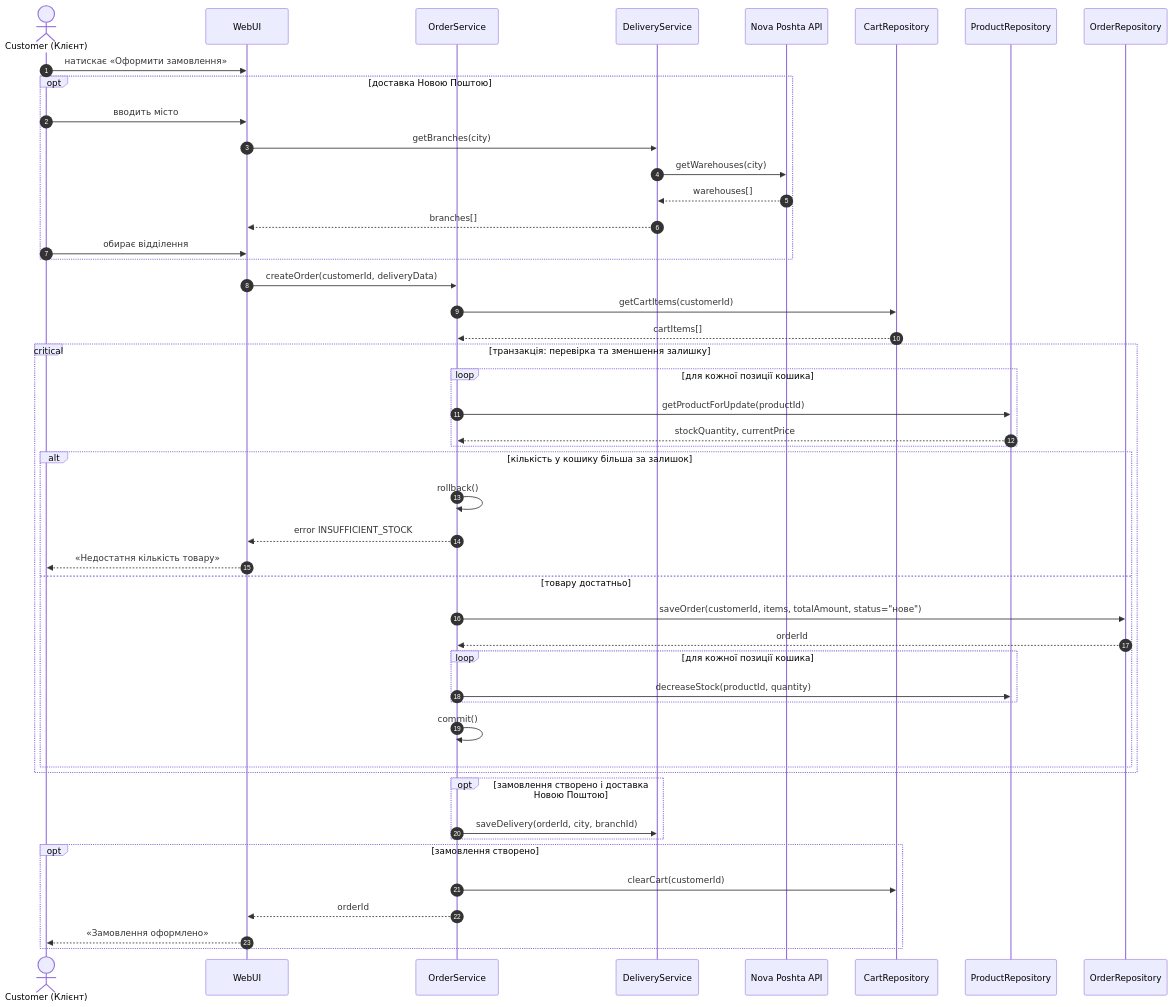
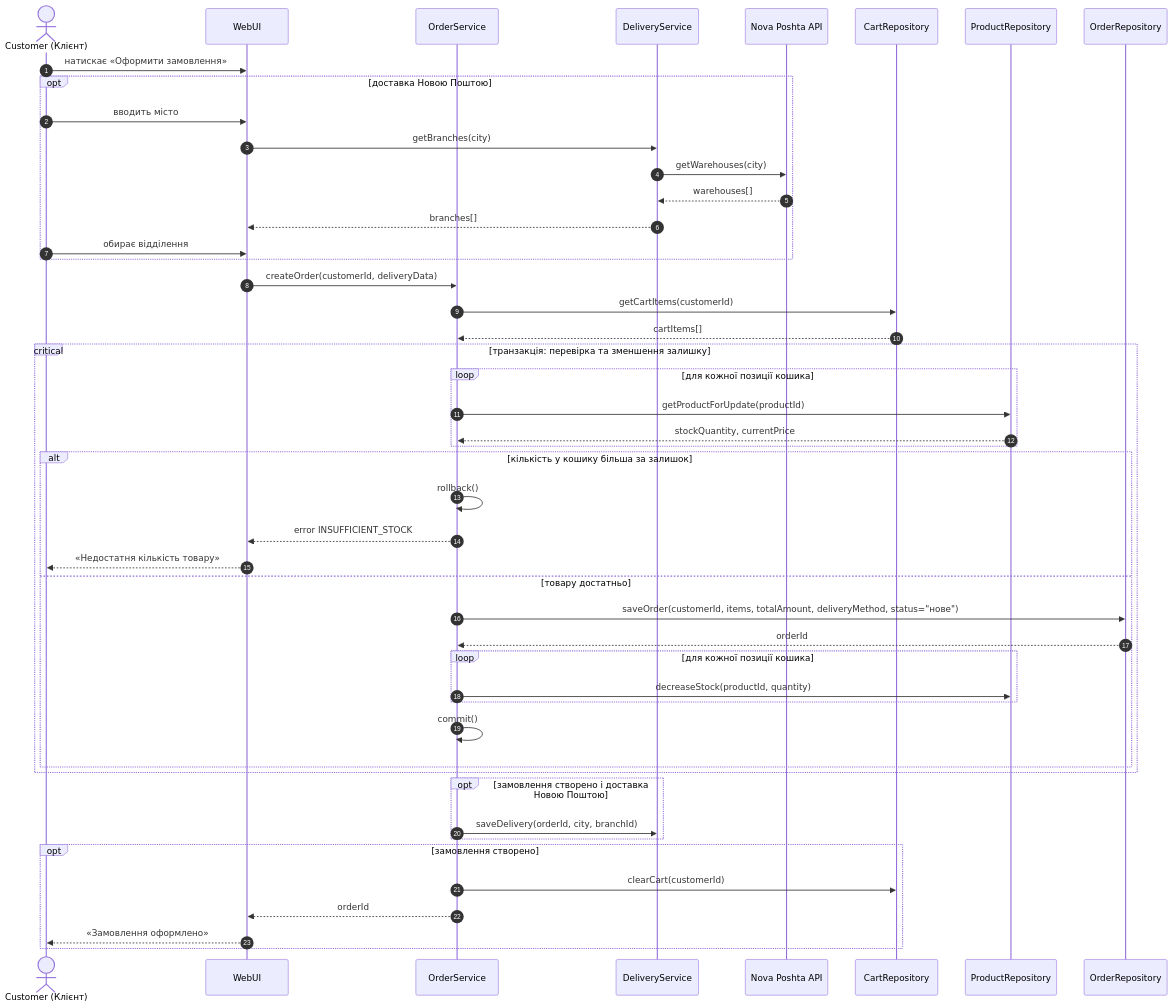
The diagram in sequence.mmd (AlegZabivnoy/Software-engineering-components-2-), drawn with Mermaid before and after one commit. The commit also changed 2 other files, not shown here.

Commit message:
fix: add delivery_method to Order

```diff
--- a/sequence.mmd
+++ b/sequence.mmd
@@ -1,54 +1,54 @@
 sequenceDiagram
     autonumber
     actor C as Customer (Клієнт)
     participant UI as WebUI
     participant OS as OrderService
     participant DS as DeliveryService
     participant NP as Nova Poshta API
     participant CR as CartRepository
     participant PR as ProductRepository
     participant OR as OrderRepository
 
     C->>UI: натискає «Оформити замовлення»
 
     opt доставка Новою Поштою
         C->>UI: вводить місто
         UI->>DS: getBranches(city)
         DS->>NP: getWarehouses(city)
         NP-->>DS: warehouses[]
         DS-->>UI: branches[]
         C->>UI: обирає відділення
     end
 
     UI->>OS: createOrder(customerId, deliveryData)
     OS->>CR: getCartItems(customerId)
     CR-->>OS: cartItems[]
 
     critical транзакція: перевірка та зменшення залишку
         loop для кожної позиції кошика
             OS->>PR: getProductForUpdate(productId)
             PR-->>OS: stockQuantity, currentPrice
         end
 
         alt кількість у кошику більша за залишок
             OS->>OS: rollback()
             OS-->>UI: error INSUFFICIENT_STOCK
             UI-->>C: «Недостатня кількість товару»
         else товару достатньо
-            OS->>OR: saveOrder(customerId, items, totalAmount, status="нове")
+            OS->>OR: saveOrder(customerId, items, totalAmount, deliveryMethod, status="нове")
             OR-->>OS: orderId
             loop для кожної позиції кошика
                 OS->>PR: decreaseStock(productId, quantity)
             end
             OS->>OS: commit()
         end
     end
 
     opt замовлення створено і доставка Новою Поштою
         OS->>DS: saveDelivery(orderId, city, branchId)
     end
     opt замовлення створено
         OS->>CR: clearCart(customerId)
         OS-->>UI: orderId
         UI-->>C: «Замовлення оформлено»
     end
```
